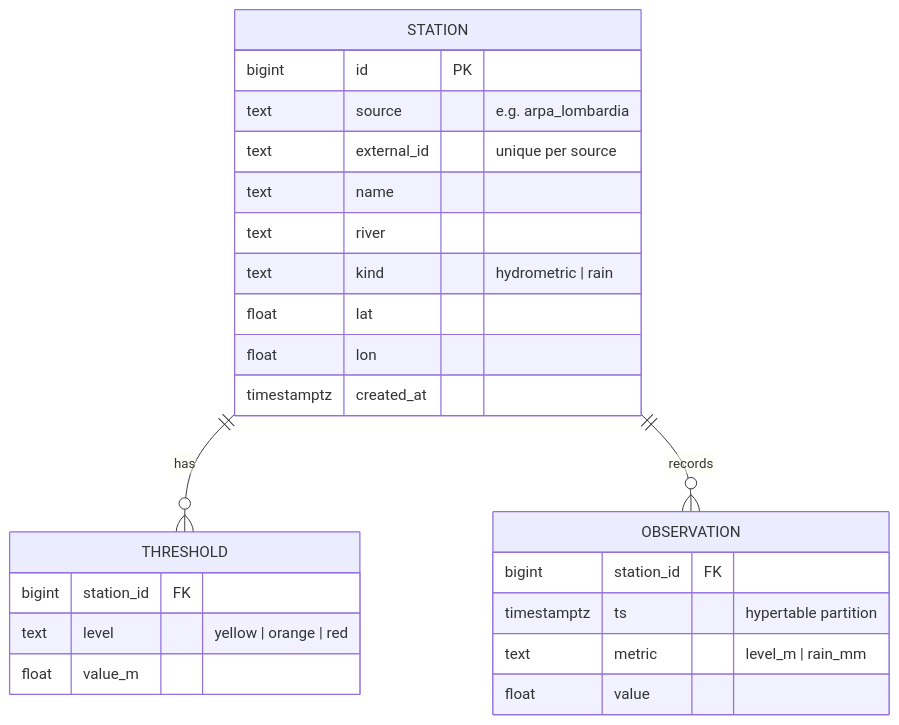
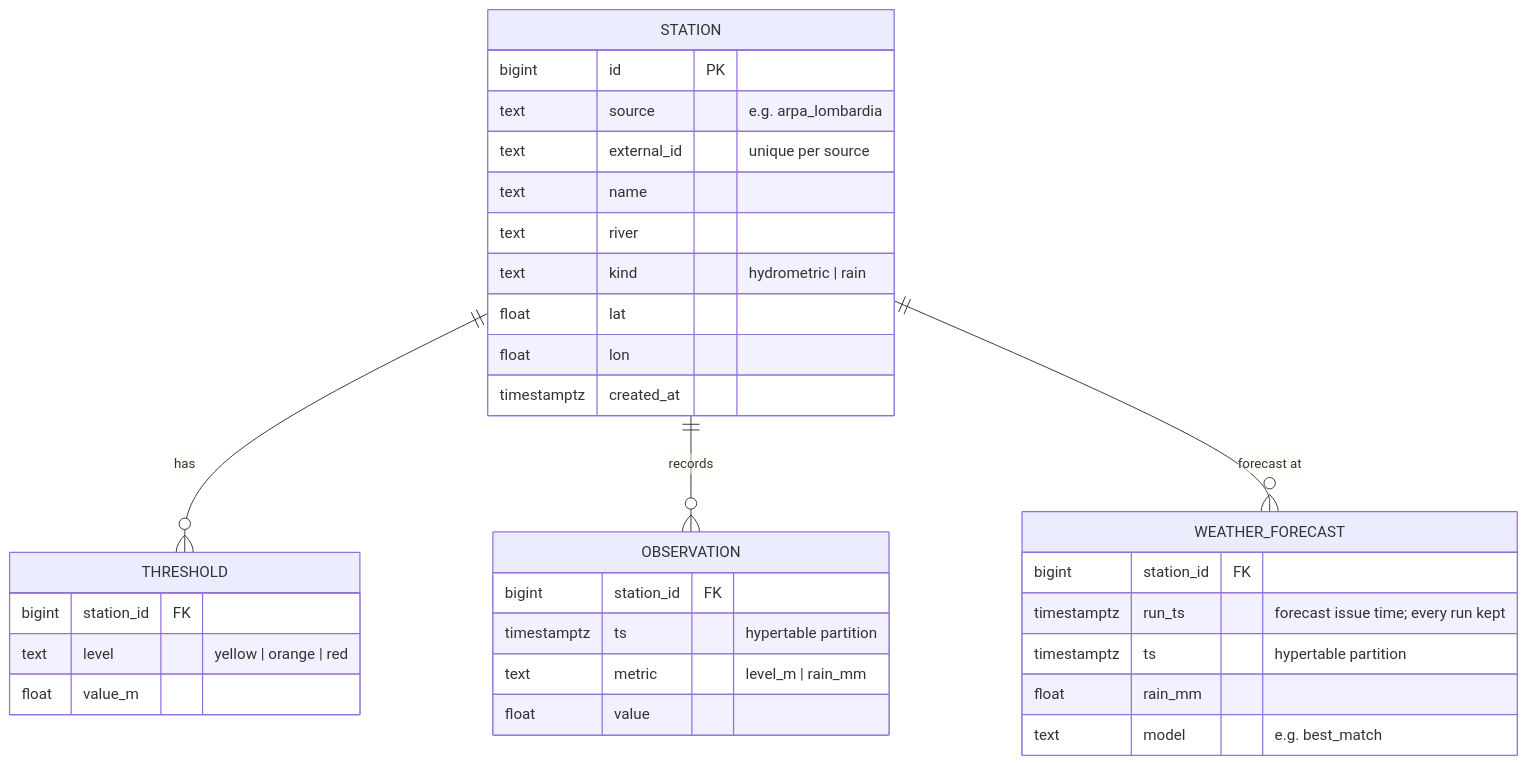
The first of 3 diagrams in backend/docs/ARCHITECTURE.md (giodefa96/Argine), drawn with Mermaid before and after one commit. The commit also changed other lines of this file and 11 other files, not shown here.

First line of the commit message:
Add Open-Meteo rain-forecast ingestion (MVP item 4) (#16)

````diff
--- a/backend/docs/ARCHITECTURE.md
+++ b/backend/docs/ARCHITECTURE.md
@@ -46,27 +49,35 @@
 ```mermaid
 erDiagram
     STATION ||--o{ THRESHOLD : "has"
     STATION ||--o{ OBSERVATION : "records"
+    STATION ||--o{ WEATHER_FORECAST : "forecast at"
     STATION {
         bigint id PK
         text source "e.g. arpa_lombardia"
         text external_id "unique per source"
         text name
         text river
         text kind "hydrometric | rain"
         float lat
         float lon
         timestamptz created_at
     }
     THRESHOLD {
         bigint station_id FK
         text level "yellow | orange | red"
         float value_m
     }
     OBSERVATION {
         bigint station_id FK
         timestamptz ts "hypertable partition"
         text metric "level_m | rain_mm"
         float value
     }
+    WEATHER_FORECAST {
+        bigint station_id FK
+        timestamptz run_ts "forecast issue time; every run kept"
+        timestamptz ts "hypertable partition"
+        float rain_mm
+        text model "e.g. best_match"
+    }
 ```
````
